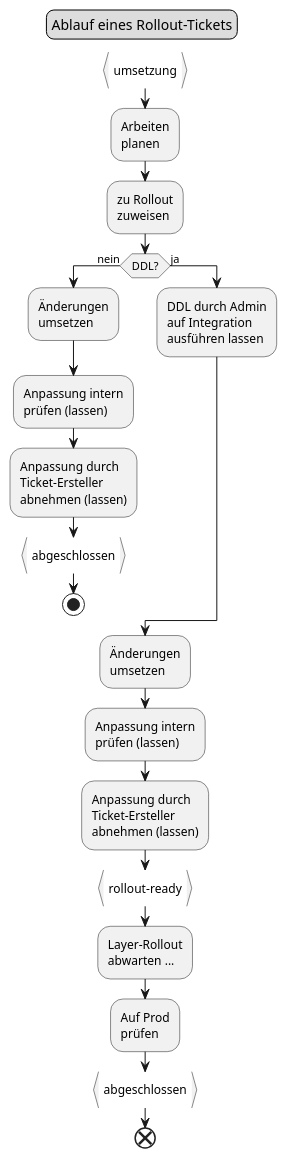
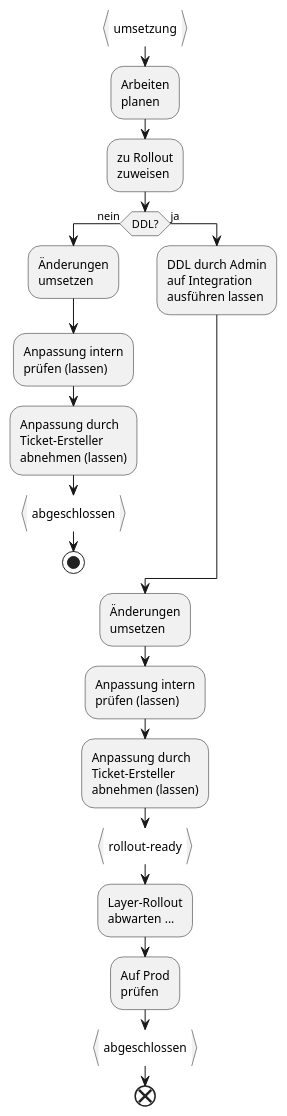
The diagram in puml/src/flow_rollout.puml (ojeker/docktick), drawn with PlantUML before and after one commit. The commit also changed 2 other files, not shown here.

```diff
--- a/puml/src/flow_rollout.puml
+++ b/puml/src/flow_rollout.puml
@@ -1,50 +1,47 @@
 @startuml
-legend top
-	Ablauf eines Rollout-Tickets
-end legend
 |AGI-Mitarbeiter|
 
 :umsetzung}
 
 :Arbeiten
 planen;
 
 :zu Rollout
 zuweisen;
 
 if (DDL?) then (nein)
   :Änderungen
   umsetzen;
   :Anpassung intern
   prüfen (lassen);
   :Anpassung durch
   Ticket-Ersteller
   abnehmen (lassen);
   :abgeschlossen}
   stop
 else (ja)
   :DDL durch Admin
   auf Integration
   ausführen lassen;
 
 endif
 
 :Änderungen
 umsetzen;
 
 :Anpassung intern
 prüfen (lassen);
 :Anpassung durch
 Ticket-Ersteller
 abnehmen (lassen);
 :rollout-ready}
 
 :Layer-Rollout
 abwarten ...;
 
 :Auf Prod
 prüfen;
 :abgeschlossen}
 
 end
 @enduml
```
